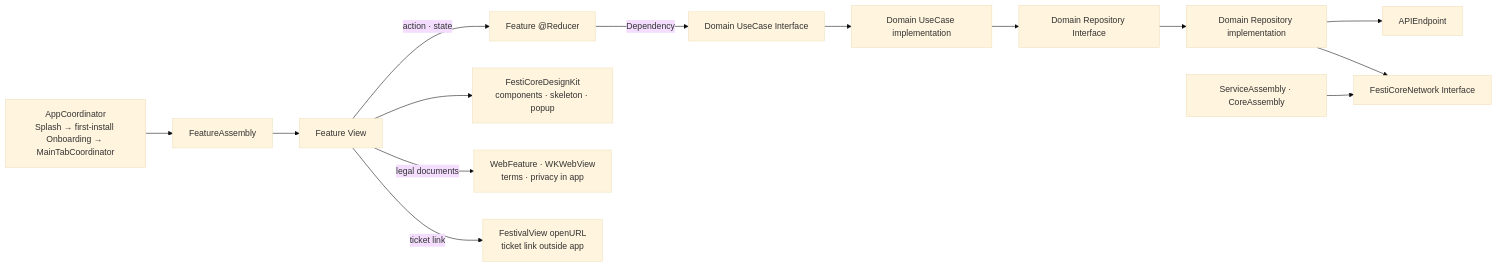
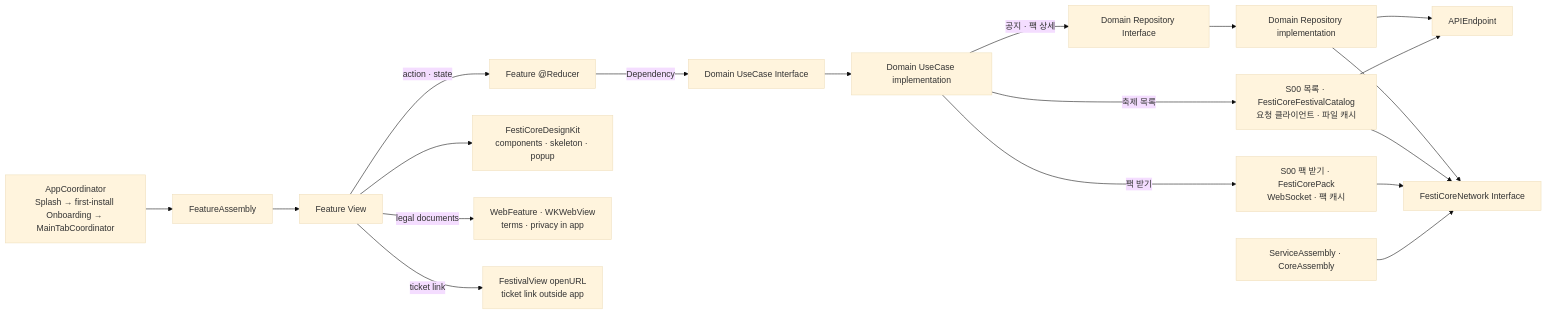
Before and after one commit to FESTICORE/FestiCore-iOS: the diagram in docs/architecture/feature-data-flow.mmd, drawn with Mermaid (base theme). The commit also changed 1 other file, not shown here.

```diff
--- a/docs/architecture/feature-data-flow.mmd
+++ b/docs/architecture/feature-data-flow.mmd
@@ -1,29 +1,36 @@
 flowchart LR
   App["AppCoordinator<br/>Splash → first-install Onboarding → MainTabCoordinator"]
   Assembly["FeatureAssembly"]
   View["Feature View"]
   Reducer["Feature @Reducer"]
   UseCaseInterface["Domain UseCase Interface"]
   UseCaseImpl["Domain UseCase implementation"]
   RepositoryInterface["Domain Repository Interface"]
   RepositoryImpl["Domain Repository implementation"]
+  CatalogService["S00 목록 · FestiCoreFestivalCatalog<br/>요청 클라이언트 · 파일 캐시"]
+  PackService["S00 팩 받기 · FestiCorePack<br/>WebSocket · 팩 캐시"]
   Endpoint["APIEndpoint"]
   Network["FestiCoreNetwork Interface"]
   ServiceAssembly["ServiceAssembly · CoreAssembly"]
   Design["FestiCoreDesignKit<br/>components · skeleton · popup"]
   Web["WebFeature · WKWebView<br/>terms · privacy in app"]
   Ticket["FestivalView openURL<br/>ticket link outside app"]
 
   App --> Assembly
   Assembly --> View
   View -->|action · state| Reducer
   Reducer -->|Dependency| UseCaseInterface
   UseCaseInterface --> UseCaseImpl
-  UseCaseImpl --> RepositoryInterface
+  UseCaseImpl -->|공지 · 팩 상세| RepositoryInterface
+  UseCaseImpl -->|축제 목록| CatalogService
+  UseCaseImpl -->|팩 받기| PackService
   RepositoryInterface --> RepositoryImpl
   RepositoryImpl --> Endpoint
   RepositoryImpl --> Network
+  CatalogService --> Endpoint
+  CatalogService --> Network
+  PackService --> Network
   ServiceAssembly --> Network
   View --> Design
   View -->|legal documents| Web
   View -->|ticket link| Ticket
```
